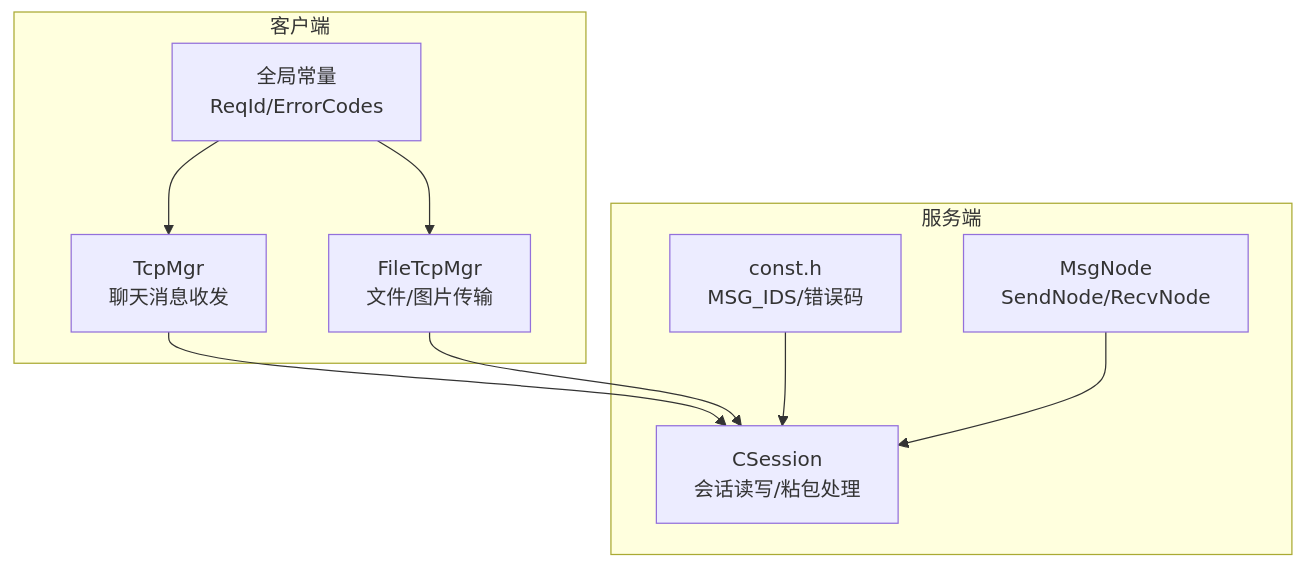
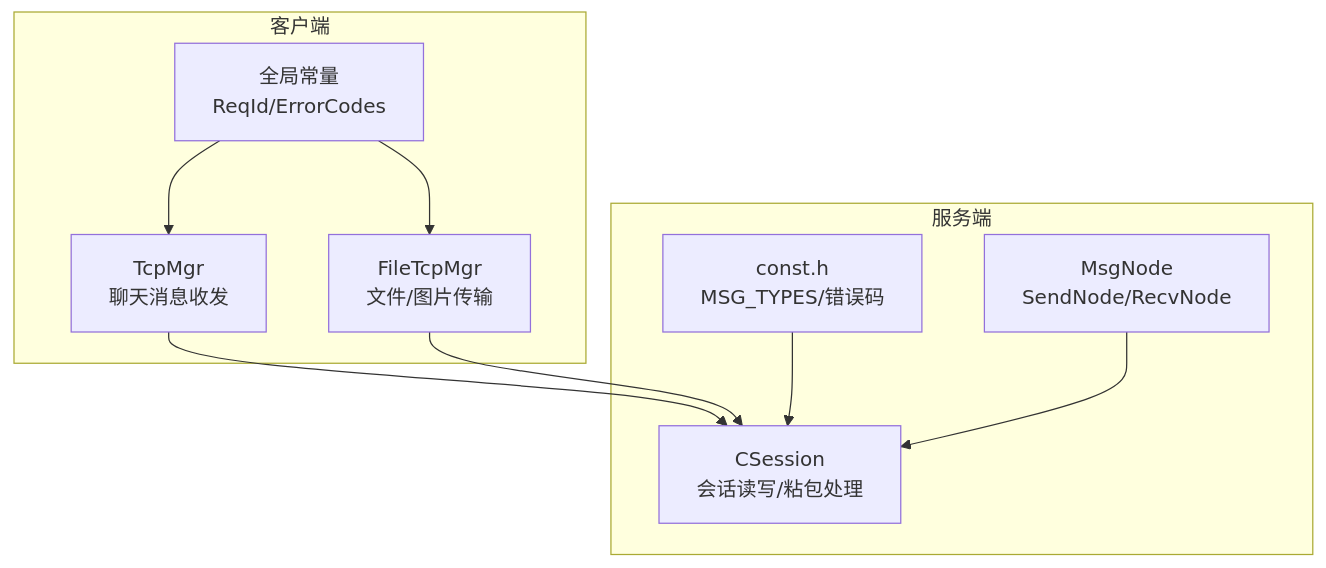
One commit to echo9923/mychatter changed the first of 5 diagrams in .qoder/repowiki/zh/content/网络通信/TCP通信协议/TCP消息协议/TCP消息协议.md. Above: the diagram before and after it, drawn with Mermaid. The commit also changed other lines of this file and 128 other files, not shown here.

````diff
--- a/.qoder/repowiki/zh/content/网络通信/TCP通信协议/TCP消息协议/TCP消息协议.md
+++ b/.qoder/repowiki/zh/content/网络通信/TCP通信协议/TCP消息协议/TCP消息协议.md
@@ -48,19 +48,19 @@
 ```mermaid
 graph TB
 subgraph "客户端"
 A["TcpMgr<br/>聊天消息收发"]
 B["FileTcpMgr<br/>文件/图片传输"]
 C["全局常量<br/>ReqId/ErrorCodes"]
 end
 subgraph "服务端"
 D["CSession<br/>会话读写/粘包处理"]
 E["MsgNode<br/>SendNode/RecvNode"]
-F["const.h<br/>MSG_IDS/错误码"]
+F["const.h<br/>MSG_TYPES/错误码"]
 end
 A --> D
 B --> D
 C --> A
 C --> B
 F --> D
 E --> D
 ```
````
